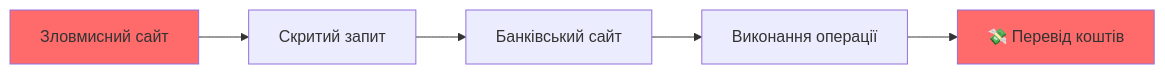
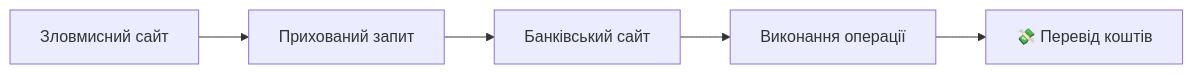
Before and after one commit to olroi421/course-web: the sixth of 8 diagrams in docs/presentations/presentation-07.md, drawn with Mermaid. The commit also changed other lines of this file and 1 other file, not shown here.

````diff
--- a/docs/presentations/presentation-07.md
+++ b/docs/presentations/presentation-07.md
@@ -269,10 +263,9 @@
 ```mermaid
 graph LR
-    A[Зловмисний сайт] --> B[Скритий запит]
+    A[Зловмисний сайт] --> B[Прихований запит]
     B --> C[Банківський сайт]
     C --> D[Виконання операції]
     D --> E[💸 Перевід коштів]
 
-    style A fill:#ff6b6b
-    style E fill:#ff6b6b
+
 ```
````
